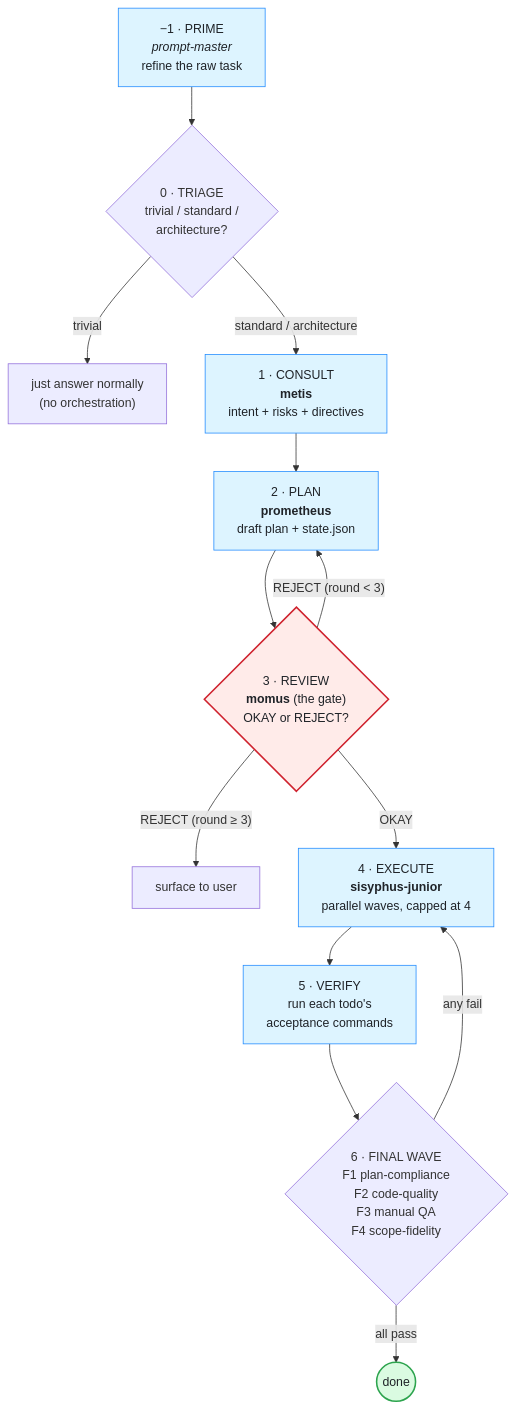
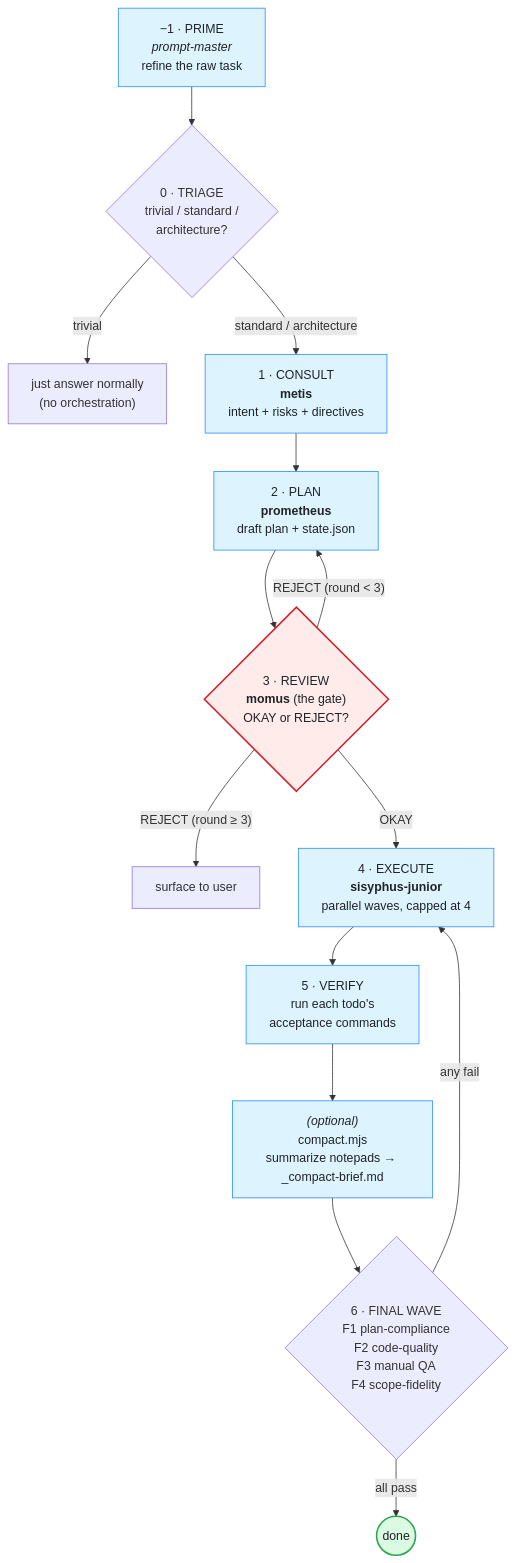
The first of 4 diagrams in docs/diagrams.md (amartinawi/zodyssey), drawn with Mermaid before and after one commit. The commit also changed other lines of this file and 2 other files, not shown here.

````diff
--- a/docs/diagrams.md
+++ b/docs/diagrams.md
@@ -13,22 +13,23 @@
 ```mermaid
 flowchart TD
     P["−1 · PRIME<br/><i>prompt-master</i><br/>refine the raw task"] --> T{"0 · TRIAGE<br/>trivial / standard /<br/>architecture?"}
     T -- "trivial" --> SKIP["just answer normally<br/>(no orchestration)"]
     T -- "standard / architecture" --> C["1 · CONSULT<br/><b>metis</b><br/>intent + risks + directives"]
     C --> PL["2 · PLAN<br/><b>prometheus</b><br/>draft plan + state.json"]
     PL --> R{"3 · REVIEW<br/><b>momus</b> (the gate)<br/>OKAY or REJECT?"}
     R -- "REJECT (round < 3)" --> PL
     R -- "REJECT (round ≥ 3)" --> SURF["surface to user"]
     R -- "OKAY" --> E["4 · EXECUTE<br/><b>sisyphus-junior</b><br/>parallel waves, capped at 4"]
     E --> V["5 · VERIFY<br/>run each todo's<br/>acceptance commands"]
-    V --> F{"6 · FINAL WAVE<br/>F1 plan-compliance<br/>F2 code-quality<br/>F3 manual QA<br/>F4 scope-fidelity"}
+    V --> CMP["<i>(optional)</i><br/>compact.mjs<br/>summarize notepads → _compact-brief.md"]
+    CMP --> F{"6 · FINAL WAVE<br/>F1 plan-compliance<br/>F2 code-quality<br/>F3 manual QA<br/>F4 scope-fidelity"}
     F -- "all pass" --> DONE(("done"))
     F -- "any fail" --> E
 
     classDef gate fill:#ffebe9,stroke:#cf222e,stroke-width:2px,color:#1f2328;
     classDef good fill:#dafbe1,stroke:#2da44e,stroke-width:2px,color:#1f2328;
     classDef phase fill:#ddf4ff,stroke:#218bff,stroke-width:1px,color:#1f2328;
     class R gate;
     class DONE good;
-    class C,PL,E,V,P phase;
+    class C,PL,E,V,P,CMP phase;
 ```
````
